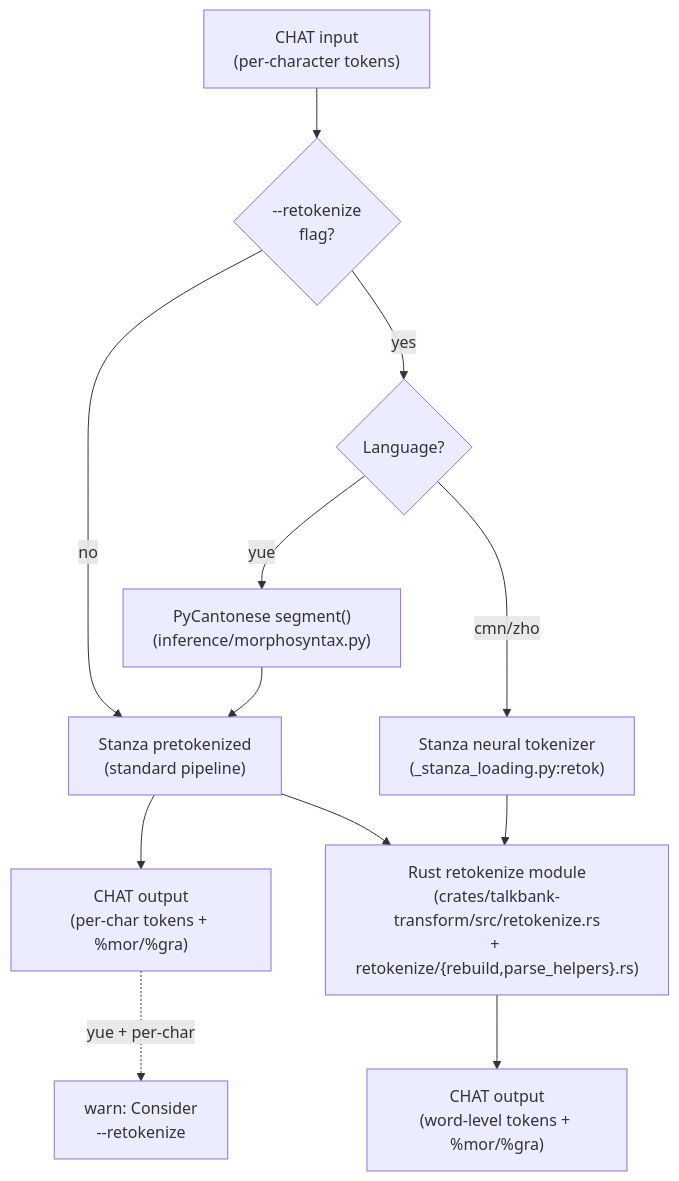
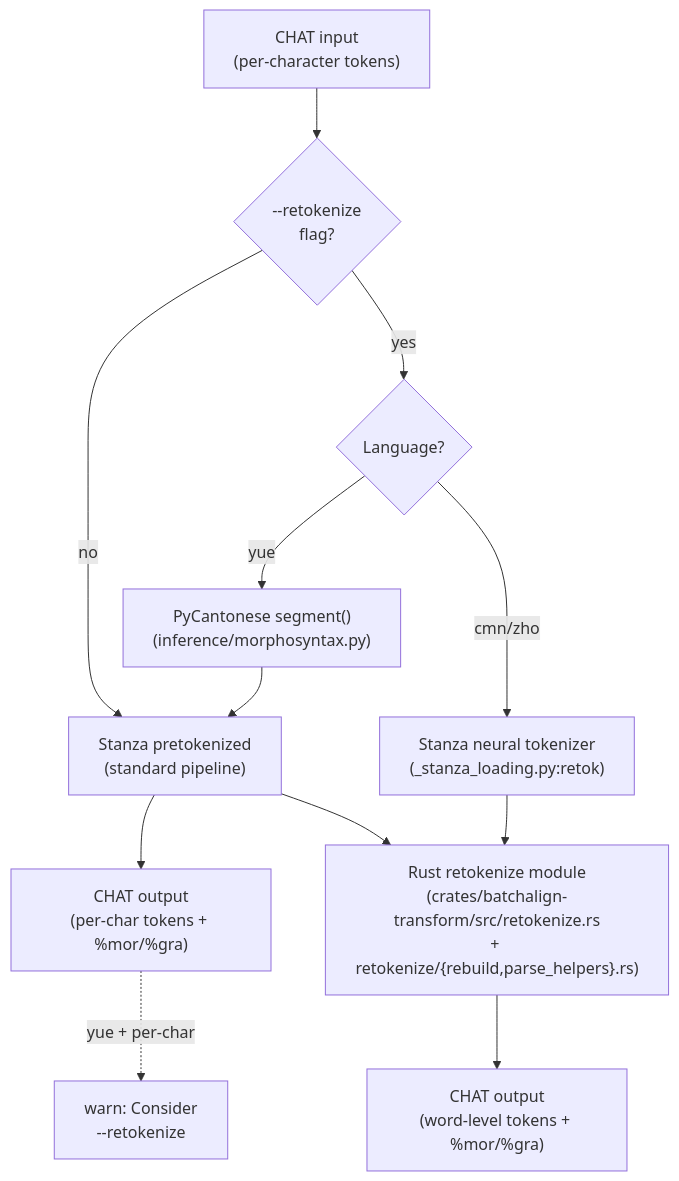
Before and after one commit to TalkBank/talkbank-tools: the diagram in book/src/batchalign/reference/chinese-word-segmentation.md, drawn with Mermaid. The commit also changed 66 other files, not shown here.

````diff
--- a/book/src/batchalign/reference/chinese-word-segmentation.md
+++ b/book/src/batchalign/reference/chinese-word-segmentation.md
@@ -109,21 +109,21 @@
 ```mermaid
 flowchart TD
     input["CHAT input\n(per-character tokens)"]
     retok{"--retokenize\nflag?"}
     lang{"Language?"}
     pyc["PyCantonese segment()\n(inference/morphosyntax.py)"]
     stanza_retok["Stanza neural tokenizer\n(_stanza_loading.py:retok)"]
     stanza_pretok["Stanza pretokenized\n(standard pipeline)"]
-    rust_retok["Rust retokenize module\n(crates/talkbank-transform/src/retokenize.rs\n+ retokenize/{rebuild,parse_helpers}.rs)"]
+    rust_retok["Rust retokenize module\n(crates/batchalign-transform/src/retokenize.rs\n+ retokenize/{rebuild,parse_helpers}.rs)"]
     chat_word["CHAT output\n(word-level tokens + %mor/%gra)"]
     chat_char["CHAT output\n(per-char tokens + %mor/%gra)"]
     warn["warn: Consider\n--retokenize"]
 
     input --> retok
     retok -->|yes| lang
     retok -->|no| stanza_pretok --> chat_char
     chat_char -.->|"yue + per-char"| warn
     lang -->|"yue"| pyc --> stanza_pretok
     stanza_pretok --> rust_retok --> chat_word
     lang -->|"cmn/zho"| stanza_retok --> rust_retok
 ```
````
